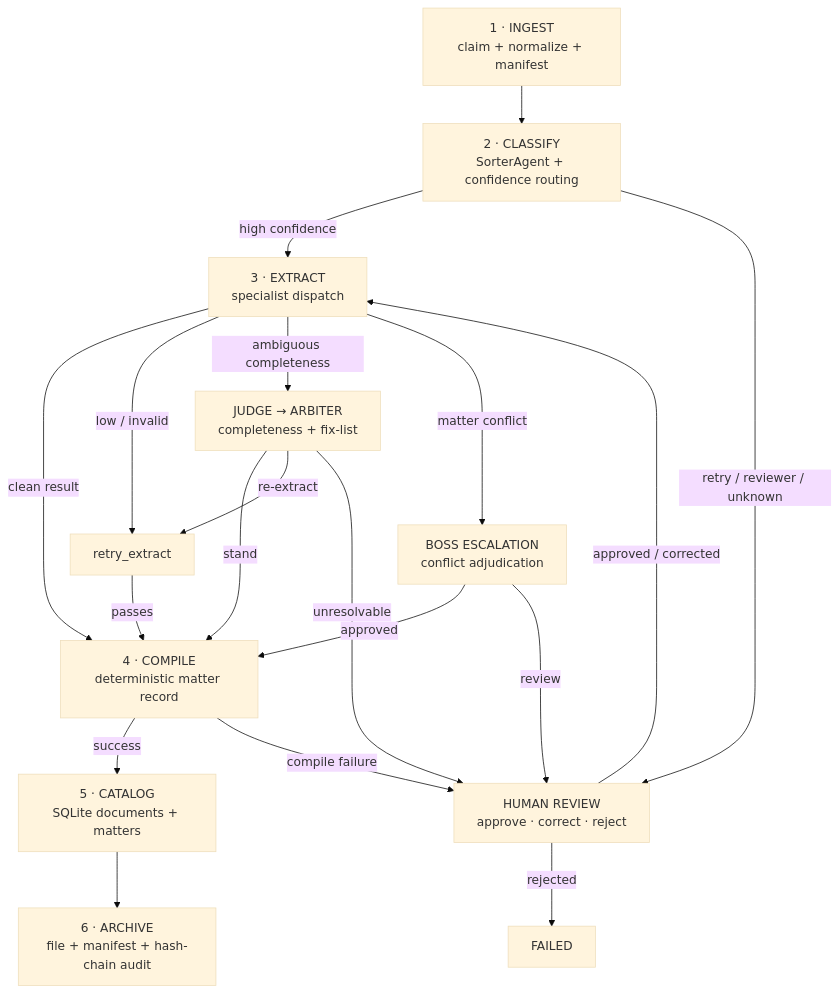
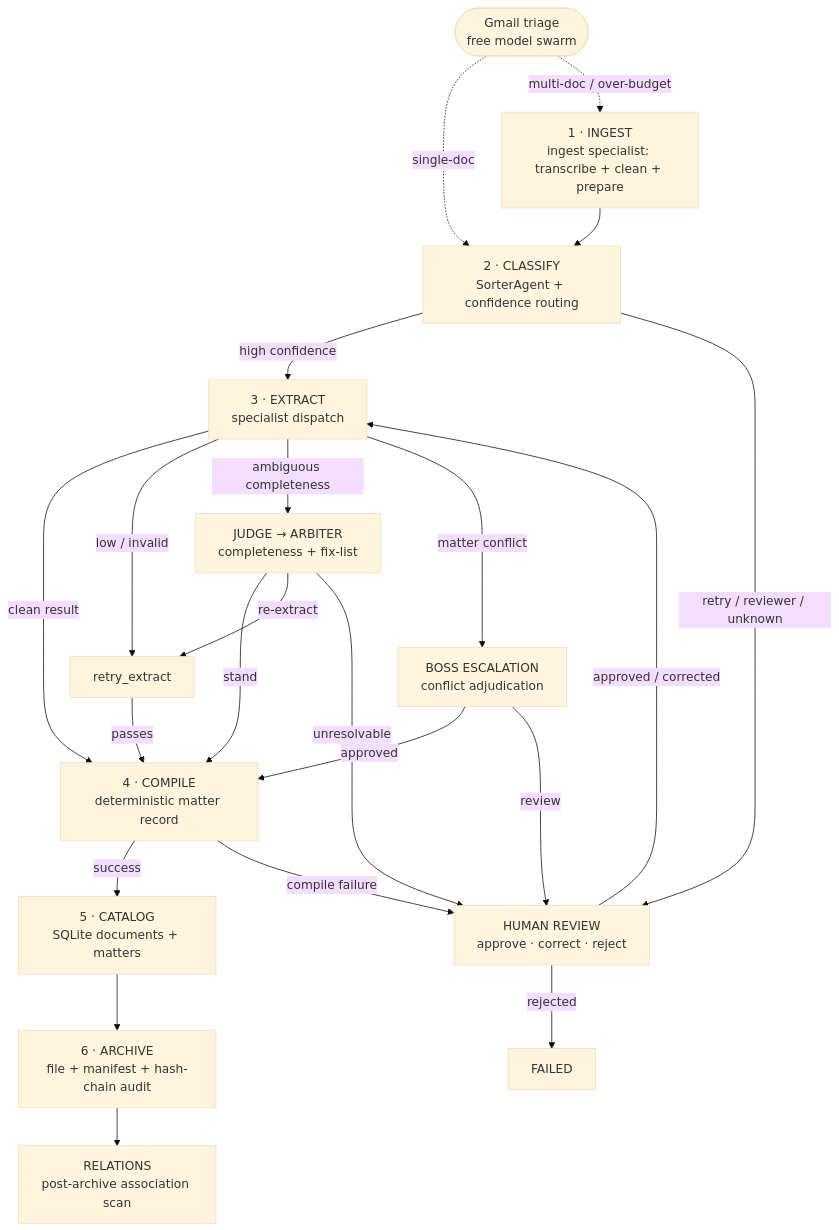
The diagram in docs/operational-procedure.md (Exios66/llm-mailroom), drawn with Mermaid (base theme) before and after one commit. The commit also changed other lines of this file and 4 other files, not shown here.

````diff
--- a/docs/operational-procedure.md
+++ b/docs/operational-procedure.md
@@ -9,21 +9,25 @@
 ```mermaid
 flowchart TD
-    A["1 · INGEST\nclaim + normalize + manifest"] --> B["2 · CLASSIFY\nSorterAgent + confidence routing"]
+    A["1 · INGEST\ningest specialist: transcribe + clean + prepare"] --> B["2 · CLASSIFY\nSorterAgent + confidence routing"]
     B -->|high confidence| C["3 · EXTRACT\nspecialist dispatch"]
     B -->|retry / reviewer / unknown| H["HUMAN REVIEW\napprove · correct · reject"]
     H -->|approved / corrected| C
     C -->|clean result| D["4 · COMPILE\ndeterministic matter record"]
     C -->|low / invalid| C2["retry_extract"]
     C2 -->|passes| D
     C -->|ambiguous completeness| J["JUDGE → ARBITER\ncompleteness + fix-list"]
     J -->|stand| D
     J -->|re-extract| C2
     J -->|unresolvable| H
     C -->|matter conflict| X["BOSS ESCALATION\nconflict adjudication"]
     X -->|approved| D
     X -->|review| H
     D -->|success| E["5 · CATALOG\nSQLite documents + matters"]
     D -->|compile failure| H
     E --> F["6 · ARCHIVE\nfile + manifest + hash-chain audit"]
+    F --> R["RELATIONS\npost-archive association scan"]
     H -->|rejected| Z["FAILED"]
+
+    GMAIL(["Gmail triage\nfree model swarm"]) -.->|single-doc| B
+    GMAIL -.->|multi-doc / over-budget| A
 ```
````
